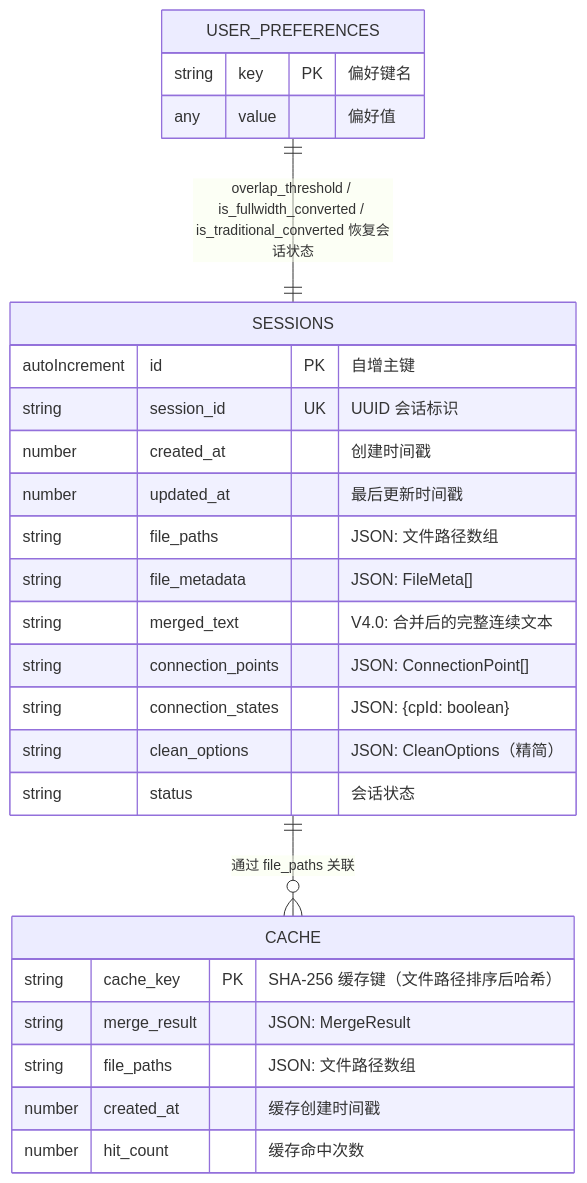
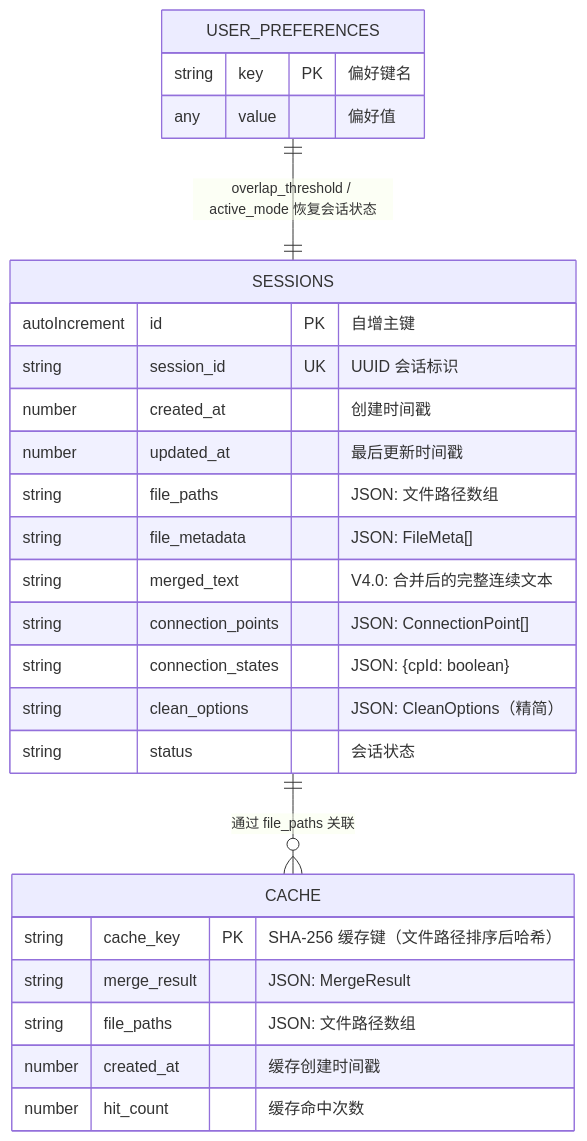
The first of 3 diagrams in 02-architecture/db-design-v4.0.0.md (VickLi/Text-Unifier), drawn with Mermaid before and after one commit. The commit also changed other lines of this file and 21 other files, not shown here.

````diff
--- a/02-architecture/db-design-v4.0.0.md
+++ b/02-architecture/db-design-v4.0.0.md
@@ -20,32 +20,32 @@
 ```mermaid
 erDiagram
     SESSIONS {
         autoIncrement id PK "自增主键"
         string session_id UK "UUID 会话标识"
         number created_at "创建时间戳"
         number updated_at "最后更新时间戳"
         string file_paths "JSON: 文件路径数组"
         string file_metadata "JSON: FileMeta[]"
         string merged_text "V4.0: 合并后的完整连续文本"
         string connection_points "JSON: ConnectionPoint[]"
         string connection_states "JSON: {cpId: boolean}"
         string clean_options "JSON: CleanOptions（精简）"
         string status "会话状态"
     }
 
     CACHE {
         string cache_key PK "SHA-256 缓存键（文件路径排序后哈希）"
         string merge_result "JSON: MergeResult"
         string file_paths "JSON: 文件路径数组"
         number created_at "缓存创建时间戳"
         number hit_count "缓存命中次数"
     }
 
     USER_PREFERENCES {
         string key PK "偏好键名"
         any value "偏好值"
     }
 
     SESSIONS ||--o{ CACHE : "通过 file_paths 关联"
-    USER_PREFERENCES ||--|| SESSIONS : "overlap_threshold / is_fullwidth_converted / is_traditional_converted 恢复会话状态"
+    USER_PREFERENCES ||--|| SESSIONS : "overlap_threshold / active_mode 恢复会话状态"
 ```
````
